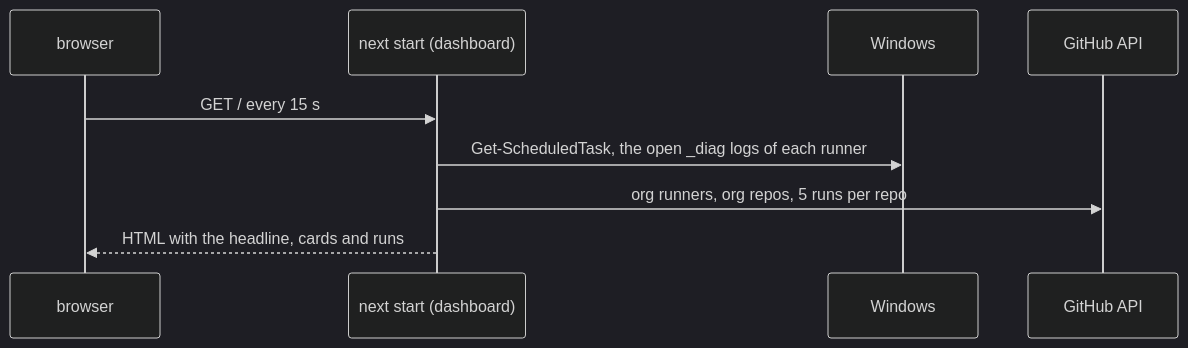
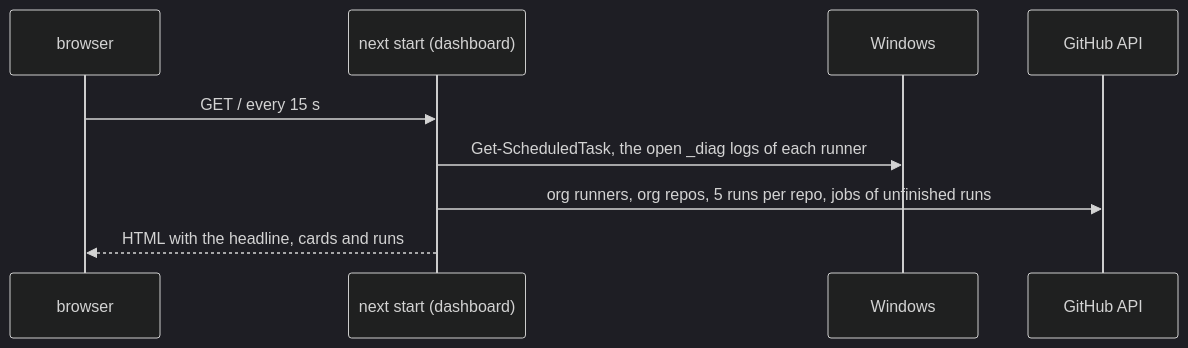
The third of 3 diagrams in docs/architecture.md (workbench-soft/local-ci), drawn with Mermaid (dark theme) before and after one commit. The commit also changed other lines of this file and 5 other files, not shown here.

````diff
--- a/docs/architecture.md
+++ b/docs/architecture.md
@@ -71,11 +79,11 @@
 ```mermaid
 sequenceDiagram
   participant B as browser
   participant N as next start (dashboard)
   participant W as Windows
   participant G as GitHub API
   B->>N: GET / every 15 s
   N->>W: Get-ScheduledTask, the open _diag logs of each runner
-  N->>G: org runners, org repos, 5 runs per repo
+  N->>G: org runners, org repos, 5 runs per repo, jobs of unfinished runs
   N-->>B: HTML with the headline, cards and runs
 ```
````
